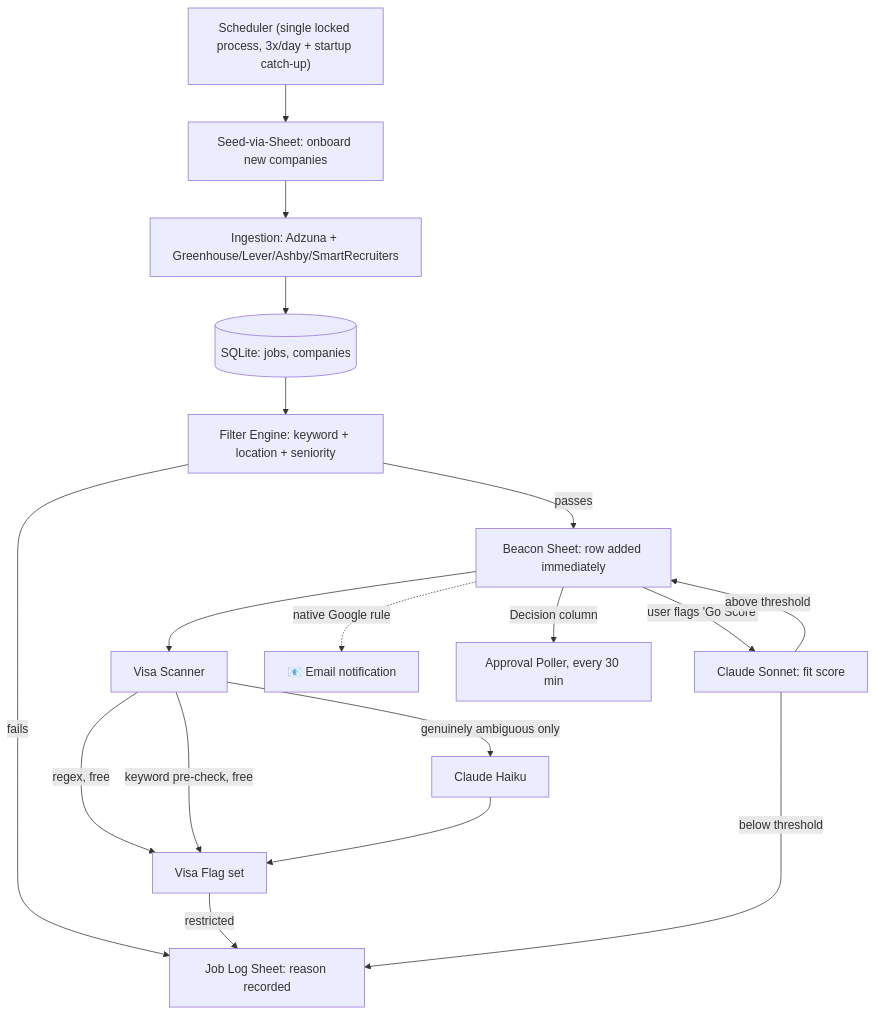
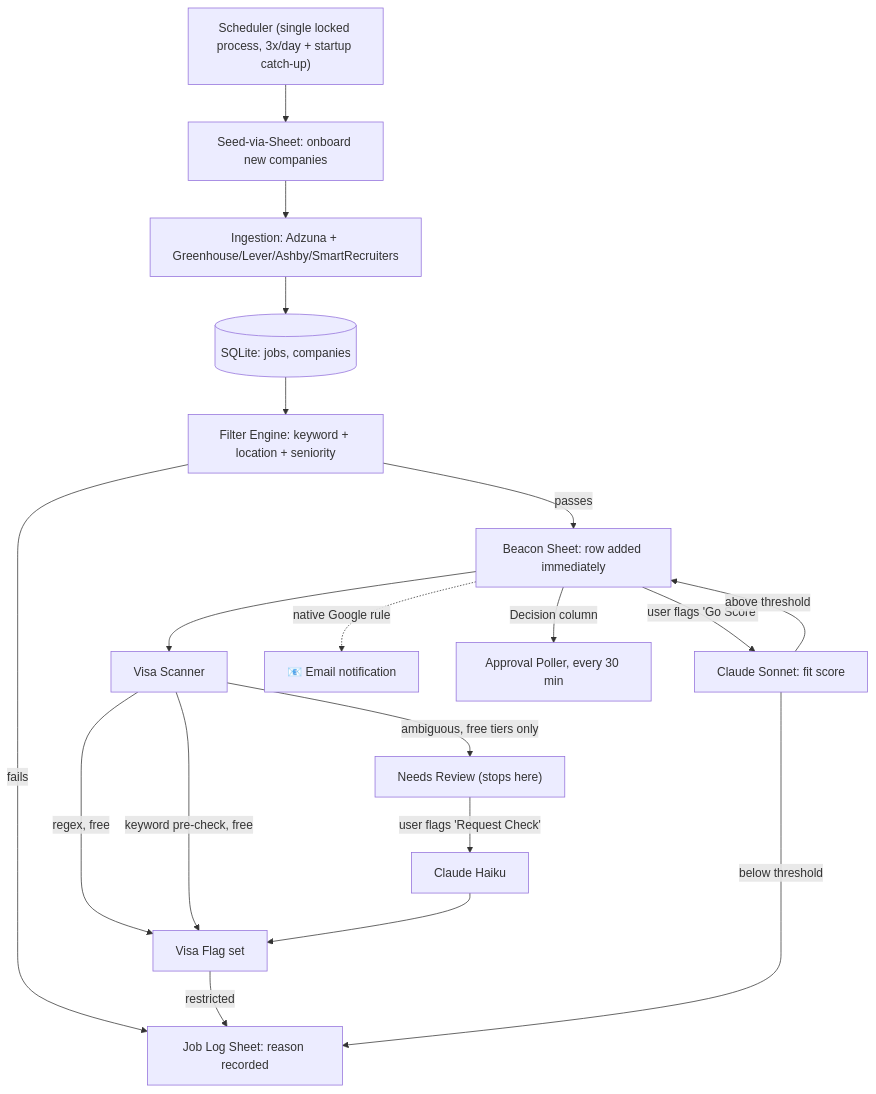
Before and after one commit to algoshank-pat/beacon: the diagram in README.md, drawn with Mermaid. The commit also changed other lines of this file and 7 other files, not shown here.

````diff
--- a/README.md
+++ b/README.md
@@ -112,20 +112,21 @@
 ```mermaid
 flowchart TD
     SCHED["Scheduler (single locked process, 3x/day + startup catch-up)"] --> SEED["Seed-via-Sheet: onboard new companies"]
     SEED --> ING[Ingestion: Adzuna + Greenhouse/Lever/Ashby/SmartRecruiters]
     ING --> DB[(SQLite: jobs, companies)]
     DB --> FILTER[Filter Engine: keyword + location + seniority]
     FILTER -->|passes| SHEET["Beacon Sheet: row added immediately"]
     FILTER -->|fails| JOBLOG["Job Log Sheet: reason recorded"]
     SHEET --> VISA[Visa Scanner]
     VISA -->|regex, free| FLAG[Visa Flag set]
     VISA -->|keyword pre-check, free| FLAG
-    VISA -->|genuinely ambiguous only| HAIKU[Claude Haiku]
+    VISA -->|ambiguous, free tiers only| NEEDSREVIEW["Needs Review (stops here)"]
+    NEEDSREVIEW -->|user flags 'Request Check'| HAIKU[Claude Haiku]
     HAIKU --> FLAG
     FLAG -->|restricted| JOBLOG
     SHEET -->|user flags 'Go Score'| FITSCORE[Claude Sonnet: fit score]
     FITSCORE -->|below threshold| JOBLOG
     FITSCORE -->|above threshold| SHEET
     SHEET -.->|native Google rule| EMAIL[📧 Email notification]
     SHEET -->|Decision column| POLLER[Approval Poller, every 30 min]
 ```
````
